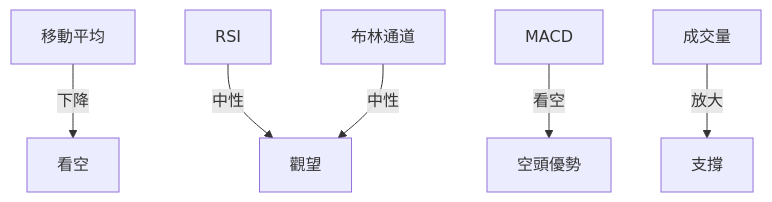
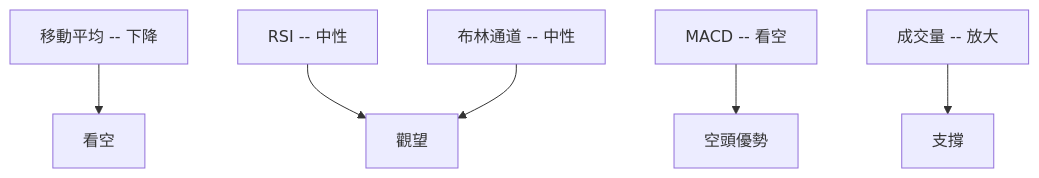
The fifth of 8 diagrams in ai_gen_report/stock/rklb/technical_analysis_2026-04-05_openai.md (yennanliu/finance_data), drawn with Mermaid before and after one commit. The commit also changed other lines of this file and 2258 other files, not shown here.

First line of the commit message:
chore: backfill Mermaid syntax repair across existing reports

````diff
--- a/ai_gen_report/stock/rklb/technical_analysis_2026-04-05_openai.md
+++ b/ai_gen_report/stock/rklb/technical_analysis_2026-04-05_openai.md
@@ -235,8 +235,8 @@
 ```mermaid
 graph TD
-    移動平均 -- 下降 --> 看空
-    RSI -- 中性 --> 觀望
-    MACD -- 看空 --> 空頭優勢
-    布林通道 -- 中性 --> 觀望
-    成交量 -- 放大 --> 支撐
+    nb1["移動平均 -- 下降"] --> 看空
+    nb2["RSI -- 中性"] --> 觀望
+    nb3["MACD -- 看空"] --> 空頭優勢
+    nb4["布林通道 -- 中性"] --> 觀望
+    nb5["成交量 -- 放大"] --> 支撐
 ```
````
